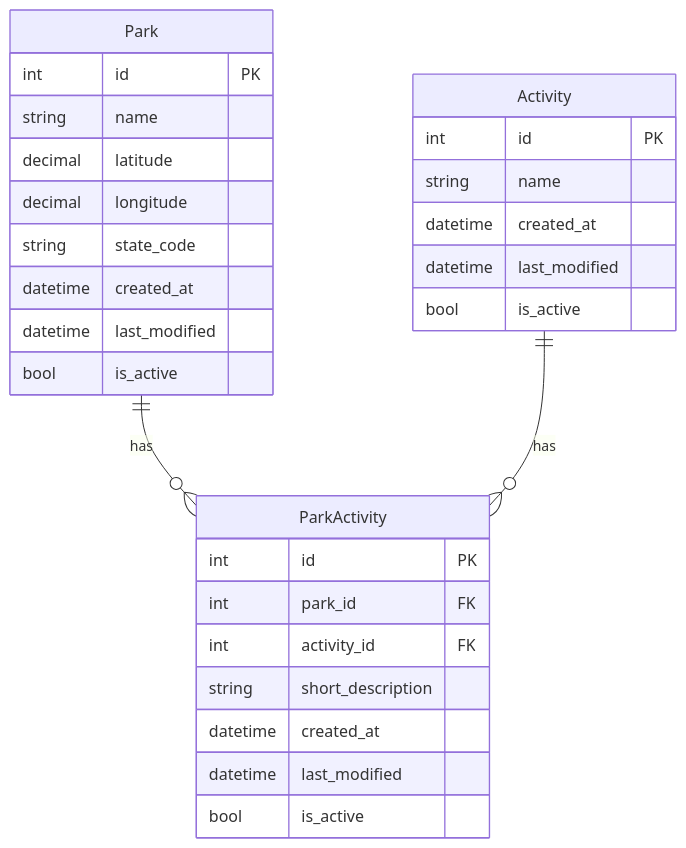
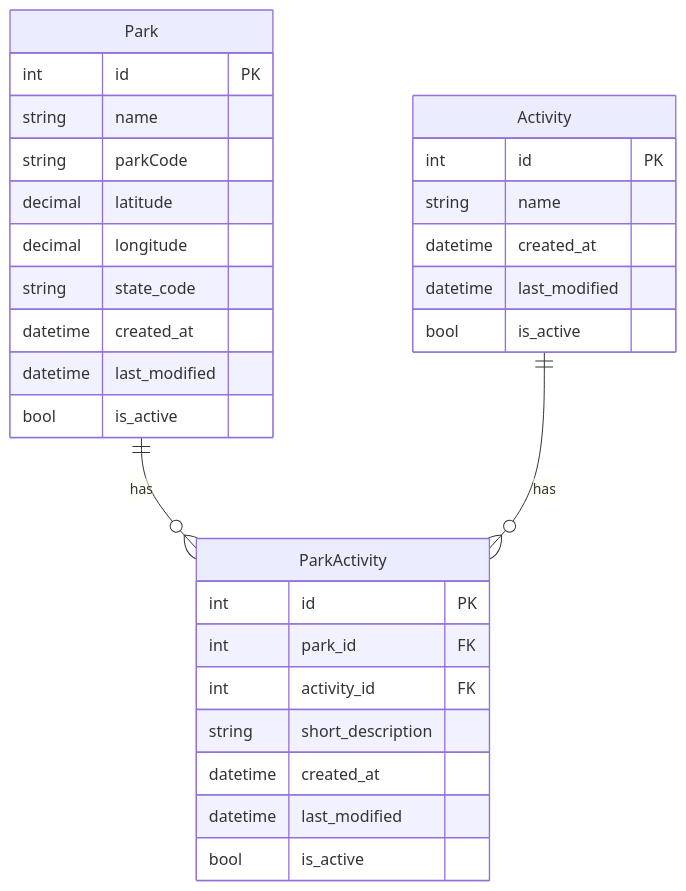
Before and after one commit to nathangartlan2/tripbuddy-demo: the diagram in docs/database-schema.md, drawn with Mermaid. The commit also changed 12 other files, not shown here.

````diff
--- a/docs/database-schema.md
+++ b/docs/database-schema.md
@@ -3,34 +3,35 @@
 ```mermaid
 erDiagram
     Park ||--o{ ParkActivity : has
     Activity ||--o{ ParkActivity : has
 
     Park {
         int id PK
         string name
+        string parkCode
         decimal latitude
         decimal longitude
         string state_code
         datetime created_at
         datetime last_modified
         bool is_active
     }
 
     ParkActivity {
         int id PK
         int park_id FK
         int activity_id FK
         string short_description
         datetime created_at
         datetime last_modified
         bool is_active
     }
 
     Activity {
         int id PK
         string name
         datetime created_at
         datetime last_modified
         bool is_active
     }
 ```
````
